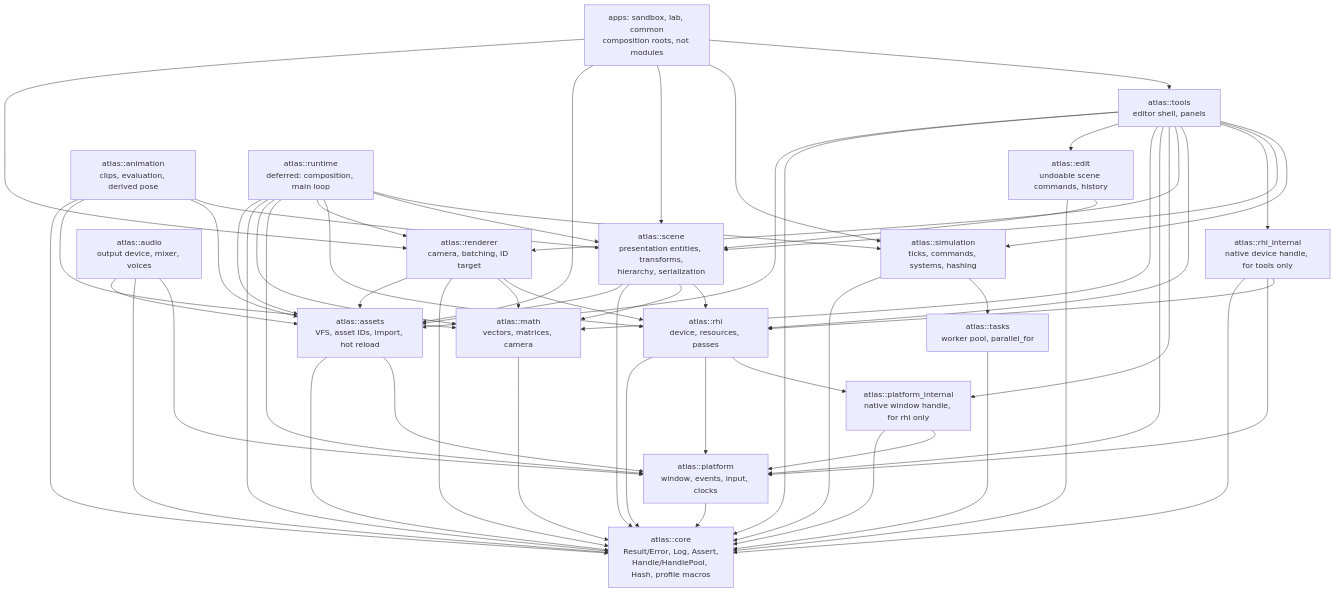
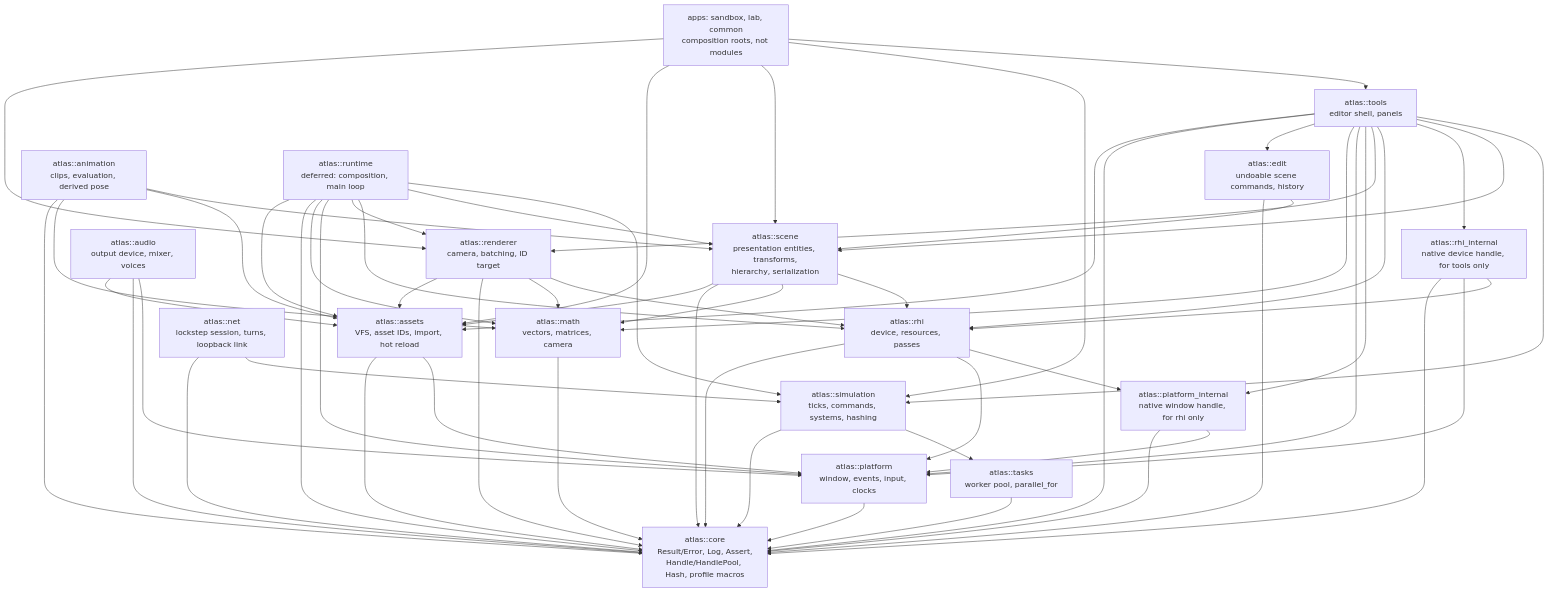
Before and after one commit to happyc0der/atlas-engine: the first of 2 diagrams in docs/ARCHITECTURE.md, drawn with Mermaid. The commit also changed 9 other files, not shown here.

````diff
--- a/docs/ARCHITECTURE.md
+++ b/docs/ARCHITECTURE.md
@@ -11,78 +11,81 @@
 ```mermaid
 graph TD
   core[atlas::core<br/>Result/Error, Log, Assert,<br/>Handle/HandlePool, Hash, profile macros]
   math[atlas::math<br/>vectors, matrices, camera]
   platform[atlas::platform<br/>window, events, input, clocks]
   platform_internal[atlas::platform_internal<br/>native window handle, for rhi only]
   tasks[atlas::tasks<br/>worker pool, parallel_for]
   rhi[atlas::rhi<br/>device, resources, passes]
   rhi_internal[atlas::rhi_internal<br/>native device handle, for tools only]
   renderer[atlas::renderer<br/>camera, batching, ID target]
   assets[atlas::assets<br/>VFS, asset IDs, import, hot reload]
   audio[atlas::audio<br/>output device, mixer, voices]
   scene[atlas::scene<br/>presentation entities, transforms,<br/>hierarchy, serialization]
   edit[atlas::edit<br/>undoable scene commands, history]
   animation[atlas::animation<br/>clips, evaluation, derived pose]
   simulation[atlas::simulation<br/>ticks, commands, systems, hashing]
+  net[atlas::net<br/>lockstep session, turns, loopback link]
   runtime[atlas::runtime<br/>deferred: composition, main loop]
   tools[atlas::tools<br/>editor shell, panels]
   apps[apps: sandbox, lab, common<br/>composition roots, not modules]
 
   math --> core
   platform --> core
   platform_internal --> core
   platform_internal --> platform
   tasks --> core
   rhi --> core
   rhi --> platform
   rhi --> platform_internal
   rhi_internal --> core
   rhi_internal --> platform
   rhi_internal --> rhi
   renderer --> assets
   renderer --> core
   renderer --> math
   renderer --> rhi
   assets --> core
   assets --> platform
   audio --> assets
   audio --> core
   audio --> platform
   scene --> assets
   scene --> core
   scene --> math
   scene --> rhi
   edit --> core
   edit --> scene
   animation --> core
   animation --> math
   animation --> assets
   animation --> scene
   simulation --> core
   simulation --> tasks
+  net --> core
+  net --> simulation
   runtime --> assets
   runtime --> core
   runtime --> math
   runtime --> platform
   runtime --> renderer
   runtime --> rhi
   runtime --> scene
   runtime --> simulation
   tools --> assets
   tools --> core
   tools --> edit
   tools --> math
   tools --> platform
   tools --> platform_internal
   tools --> renderer
   tools --> rhi
   tools --> rhi_internal
   tools --> scene
   tools --> simulation
 
   apps --> renderer
   apps --> assets
   apps --> scene
   apps --> simulation
   apps --> tools
 ```
````
